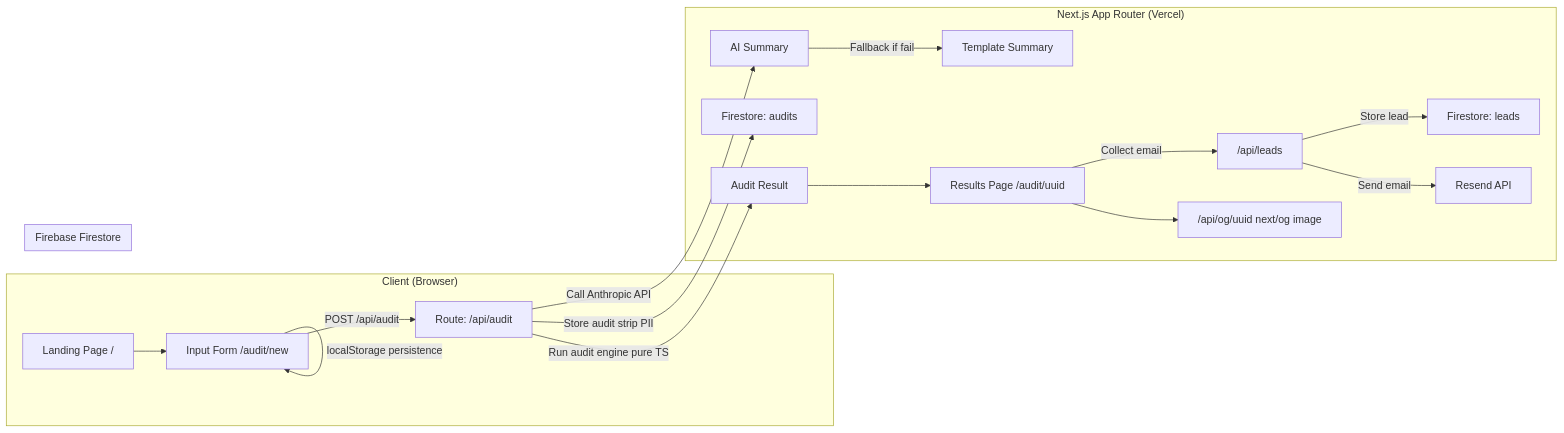
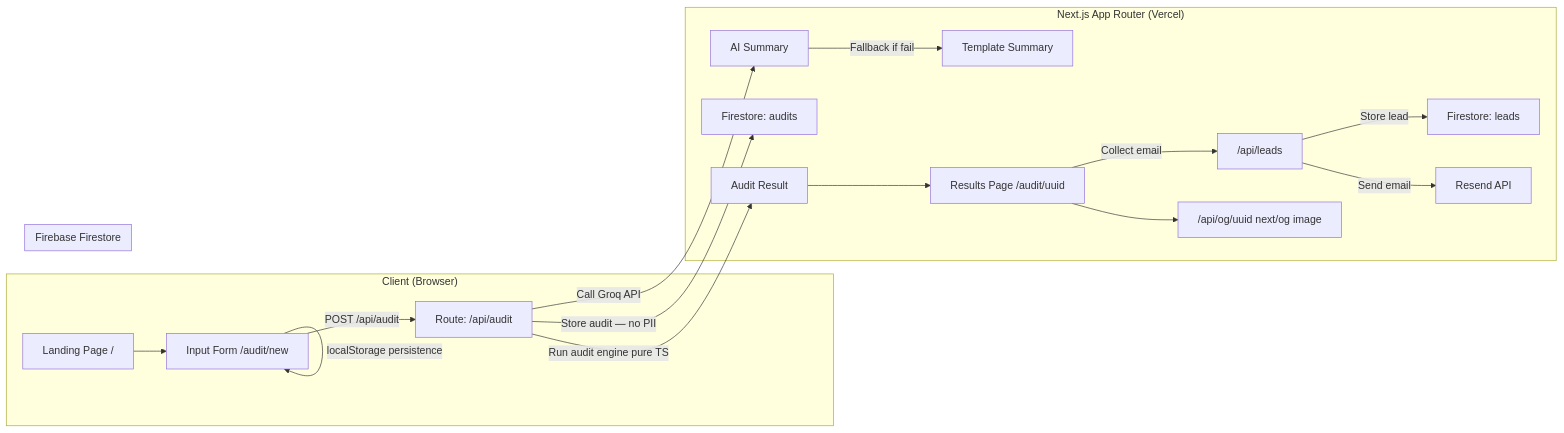
The diagram in ARCHITECTURE.md (Umair-IITD/Model-meter), drawn with Mermaid before and after one commit. The commit also changed other lines of this file and 3 other files, not shown here.

First line of the commit message:
docs: correct AI provider references from Anthropic to Groq throughout

````diff
--- a/ARCHITECTURE.md
+++ b/ARCHITECTURE.md
@@ -5,25 +5,25 @@
 ```mermaid
 graph LR
   subgraph "Client (Browser)"
     A["Landing Page /"] --> B["Input Form /audit/new"]
     B -->|"localStorage persistence"| B
     B -->|"POST /api/audit"| C
   end
 
   subgraph "Next.js App Router (Vercel)"
     C["Route: /api/audit"] -->|"Run audit engine pure TS"| D["Audit Result"]
-    C -->|"Store audit strip PII"| E["Firestore: audits"]
-    C -->|"Call Anthropic API"| F["AI Summary"]
+    C -->|"Store audit — no PII"| E["Firestore: audits"]
+    C -->|"Call Groq API"| F["AI Summary"]
     F -->|"Fallback if fail"| G["Template Summary"]
     D --> H["Results Page /audit/uuid"]
     H -->|"Collect email"| I["/api/leads"]
     I -->|"Store lead"| J["Firestore: leads"]
     I -->|"Send email"| K["Resend API"]
     H --> L["/api/og/uuid next/og image"]
   end
 
   subgraph "Firebase Firestore"
     E
     J
   end
 ```
````
